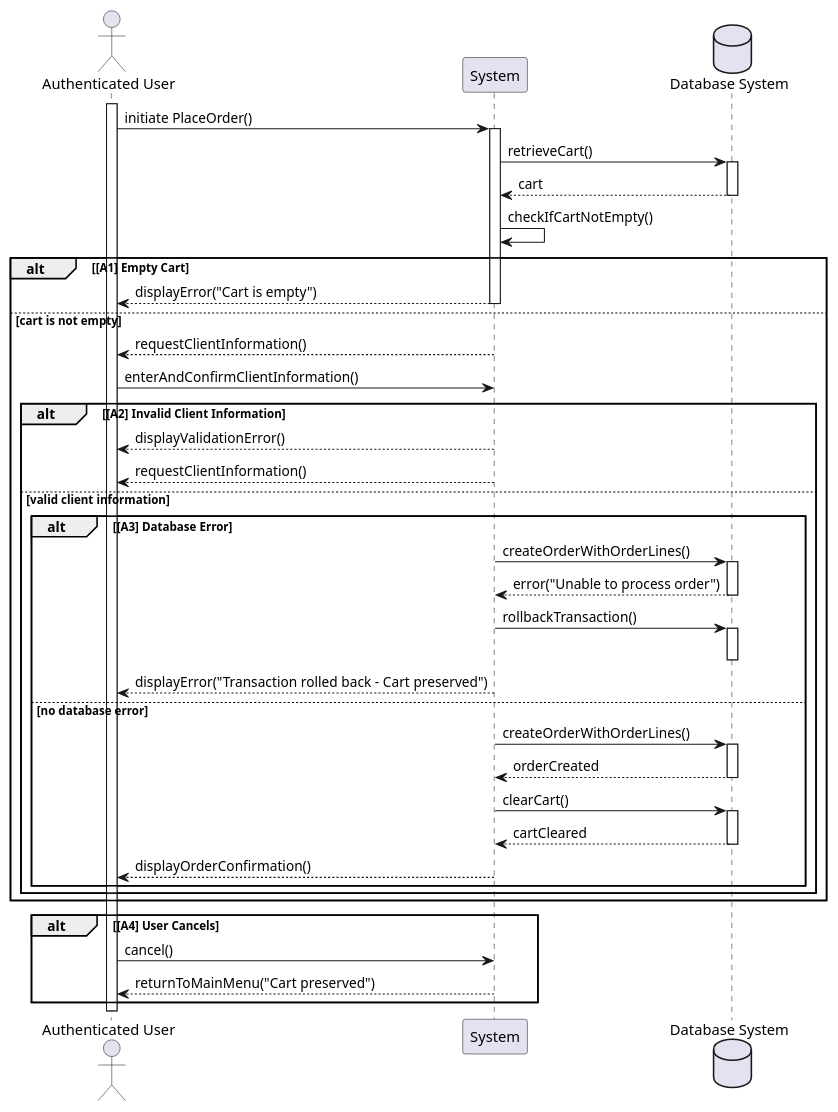
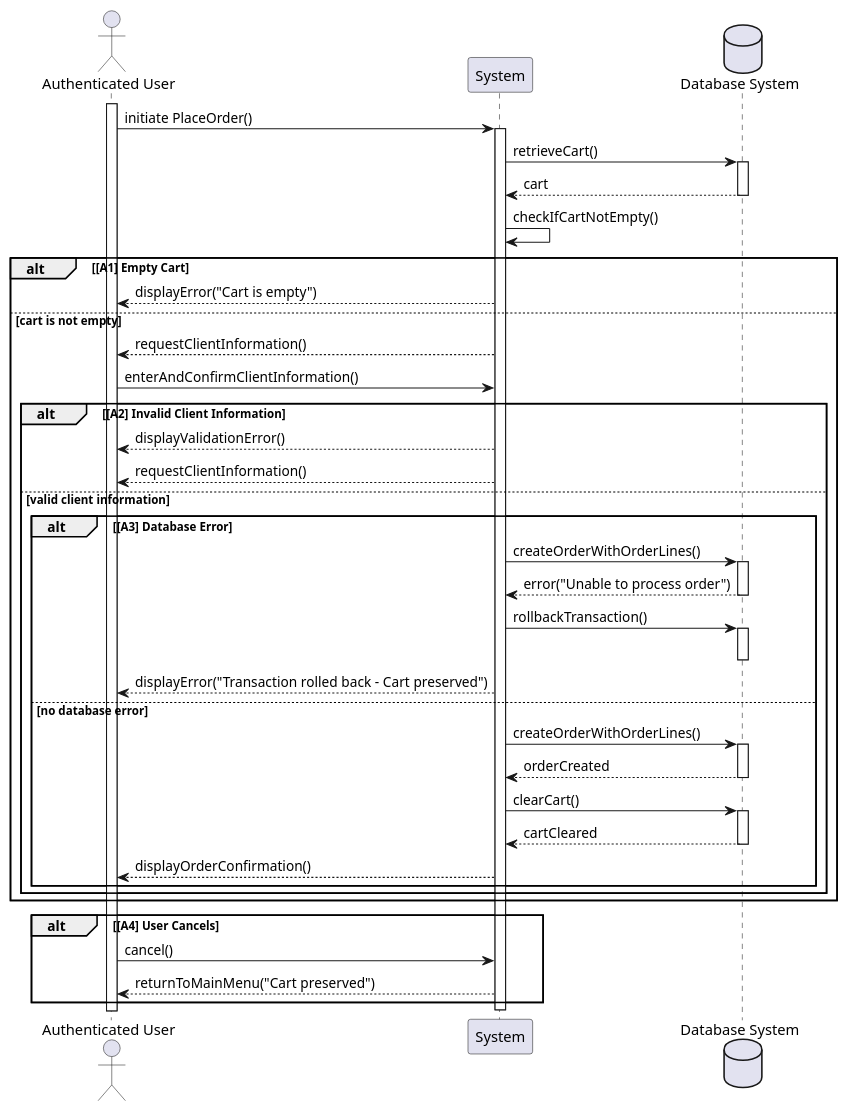
The diagram in doc/03-Sequence/1-OrderSequence.puml (john7440/EvaluationJava), drawn with PlantUML before and after one commit. The commit also changed 1 other file, not shown here.

```diff
--- a/doc/03-Sequence/1-OrderSequence.puml
+++ b/doc/03-Sequence/1-OrderSequence.puml
@@ -1,60 +1,63 @@
 @startuml
 actor "Authenticated User" as User
 participant "System" as Sys
 database "Database System" as DB
 
 activate User
 User -> Sys : initiate PlaceOrder()
 activate Sys
 
 Sys -> DB : retrieveCart()
 activate DB
 DB --> Sys : cart
 deactivate DB
 
 Sys -> Sys : checkIfCartNotEmpty()
 
 alt [A1] Empty Cart
     Sys --> User : displayError("Cart is empty")
-    deactivate Sys
+
 else cart is not empty
     Sys --> User : requestClientInformation()
     User -> Sys : enterAndConfirmClientInformation()
 
     alt [A2] Invalid Client Information
         Sys --> User : displayValidationError()
         Sys --> User : requestClientInformation()
+
     else valid client information
         alt [A3] Database Error
             Sys -> DB : createOrderWithOrderLines()
             activate DB
             DB --> Sys : error("Unable to process order")
             deactivate DB
+
             Sys -> DB : rollbackTransaction()
             activate DB
             deactivate DB
+
             Sys --> User : displayError("Transaction rolled back - Cart preserved")
+
         else no database error
             Sys -> DB : createOrderWithOrderLines()
             activate DB
             DB --> Sys : orderCreated
             deactivate DB
 
             Sys -> DB : clearCart()
             activate DB
             DB --> Sys : cartCleared
             deactivate DB
 
             Sys --> User : displayOrderConfirmation()
         end
     end
 end
 
 alt [A4] User Cancels
     User -> Sys : cancel()
     Sys --> User : returnToMainMenu("Cart preserved")
 end
 
 deactivate Sys
-
 @enduml
```
